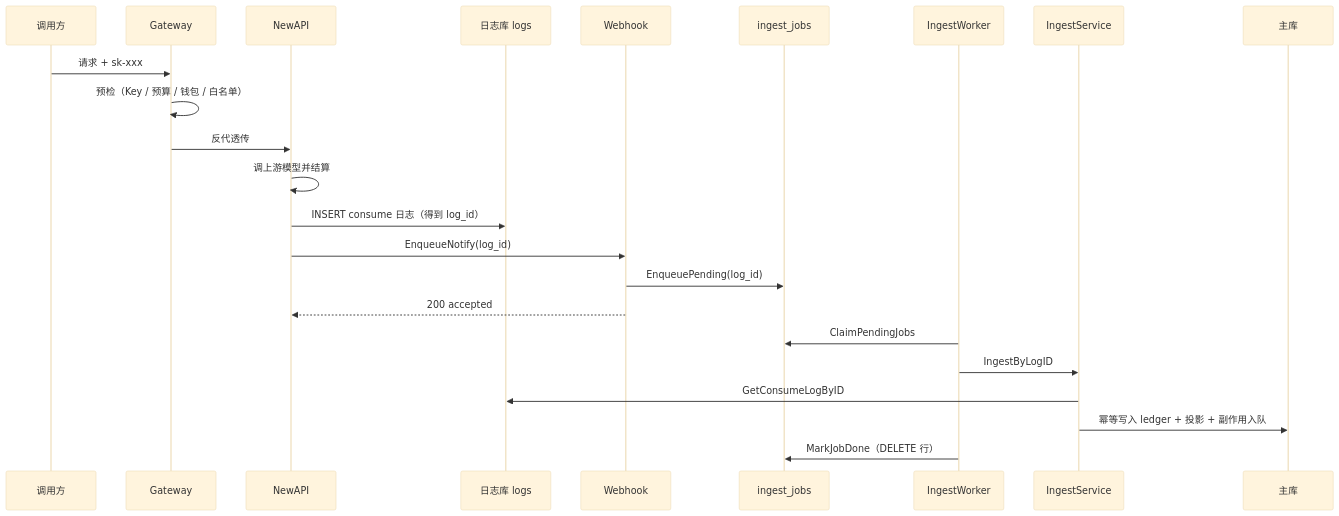
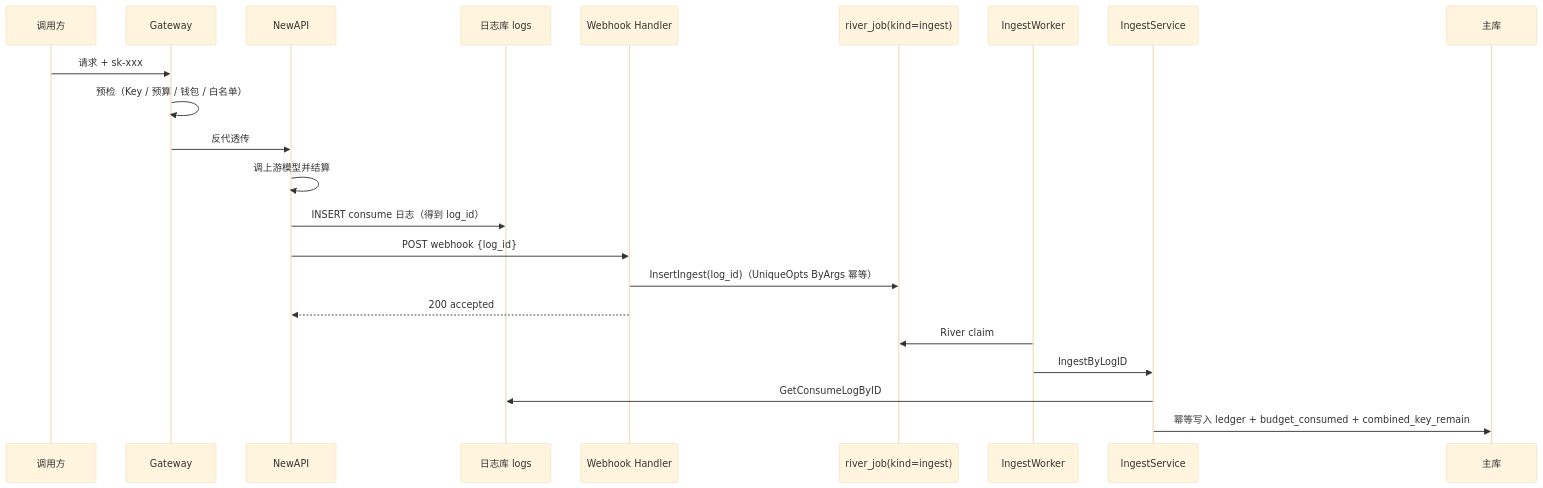
Before and after one commit to quyip8818/mytokenjoy: the second of 8 diagrams in apps/docs/Backend-Ingest架构.md, drawn with Mermaid (base theme). The commit also changed other lines of this file and 33 other files, not shown here.

````diff
--- a/apps/docs/Backend-Ingest架构.md
+++ b/apps/docs/Backend-Ingest架构.md
@@ -55,26 +55,25 @@
 ```mermaid
 sequenceDiagram
   participant C as 调用方
   participant GW as Gateway
   participant NA as NewAPI
   participant L as 日志库 logs
-  participant WH as Webhook
-  participant Q as ingest_jobs
-  participant WK as IngestWorker
+  participant WH as Webhook Handler
+  participant RJ as river_job(kind=ingest)
+  participant W as IngestWorker
   participant ING as IngestService
   participant M as 主库
 
   C->>GW: 请求 + sk-xxx
   GW->>GW: 预检（Key / 预算 / 钱包 / 白名单）
   GW->>NA: 反代透传
   NA->>NA: 调上游模型并结算
   NA->>L: INSERT consume 日志（得到 log_id）
-  NA->>WH: EnqueueNotify(log_id)
-  WH->>Q: EnqueuePending(log_id)
+  NA->>WH: POST webhook {log_id}
+  WH->>RJ: InsertIngest(log_id)（UniqueOpts ByArgs 幂等）
   WH-->>NA: 200 accepted
-  WK->>Q: ClaimPendingJobs
-  WK->>ING: IngestByLogID
+  W->>RJ: River claim
+  W->>ING: IngestByLogID
   ING->>L: GetConsumeLogByID
-  ING->>M: 幂等写入 ledger + 投影 + 副作用入队
-  WK->>Q: MarkJobDone（DELETE 行）
+  ING->>M: 幂等写入 ledger + budget_consumed + combined_key_remain
 ```
````
